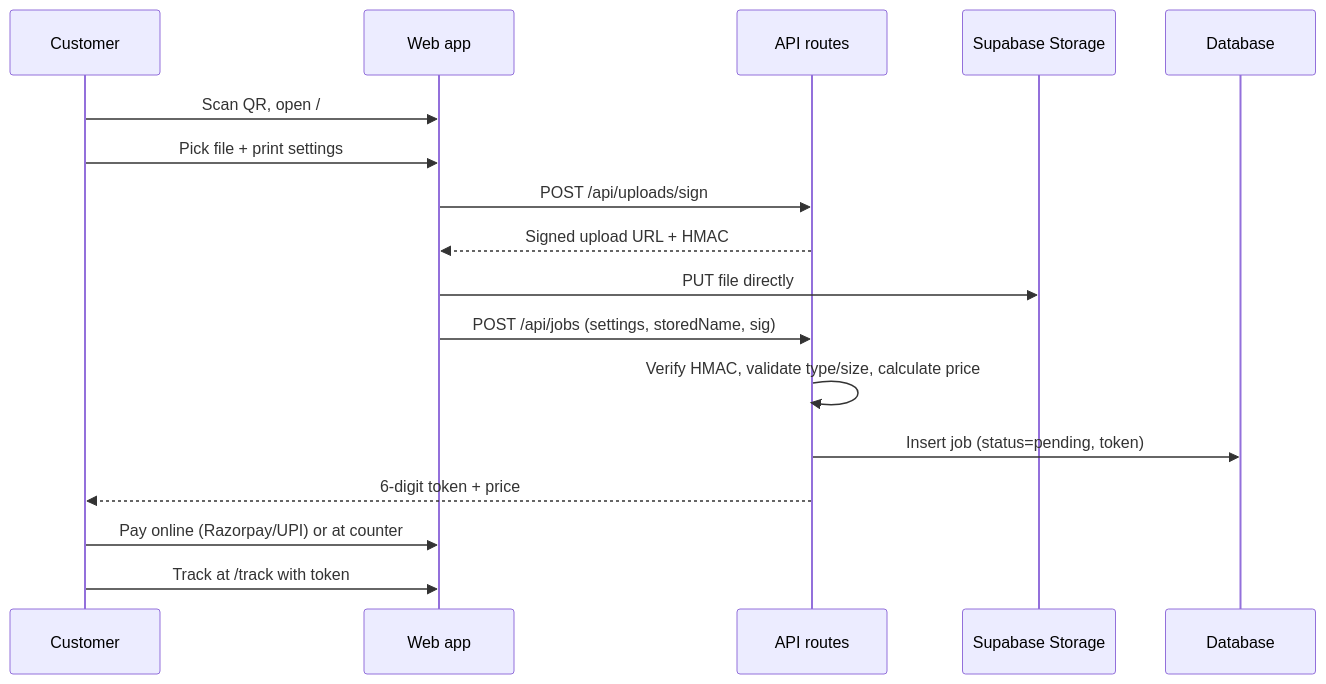
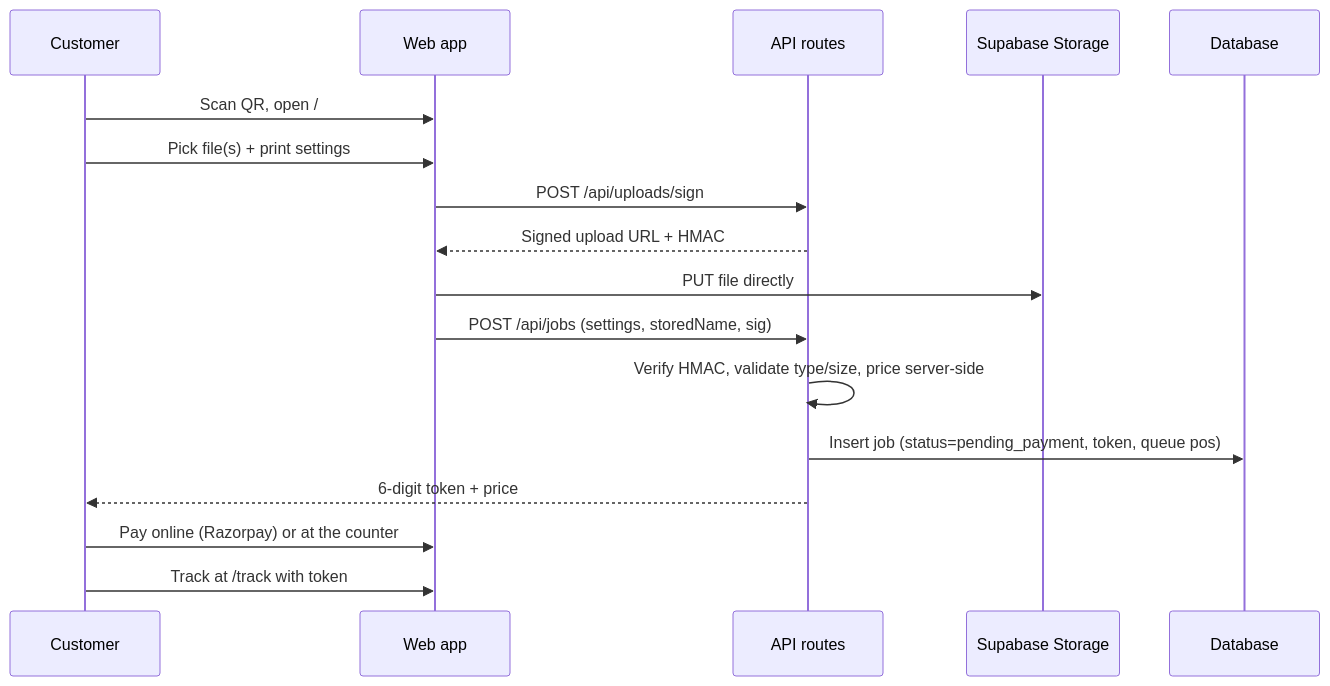
One commit to deba608/self_print changed the second of 5 diagrams in README.md. Above: the diagram before and after it, drawn with Mermaid. The commit also changed other lines of this file, not shown here.

````diff
--- a/README.md
+++ b/README.md
@@ -69,20 +91,20 @@
 ```mermaid
 sequenceDiagram
     participant U as Customer
     participant W as Web app
     participant API as API routes
     participant ST as Supabase Storage
     participant DB as Database
 
     U->>W: Scan QR, open /
-    U->>W: Pick file + print settings
+    U->>W: Pick file(s) + print settings
     W->>API: POST /api/uploads/sign
     API-->>W: Signed upload URL + HMAC
     W->>ST: PUT file directly
     W->>API: POST /api/jobs (settings, storedName, sig)
-    API->>API: Verify HMAC, validate type/size, calculate price
-    API->>DB: Insert job (status=pending, token)
+    API->>API: Verify HMAC, validate type/size, price server-side
+    API->>DB: Insert job (status=pending_payment, token, queue pos)
     API-->>U: 6-digit token + price
-    U->>W: Pay online (Razorpay/UPI) or at counter
+    U->>W: Pay online (Razorpay) or at the counter
     U->>W: Track at /track with token
 ```
````
